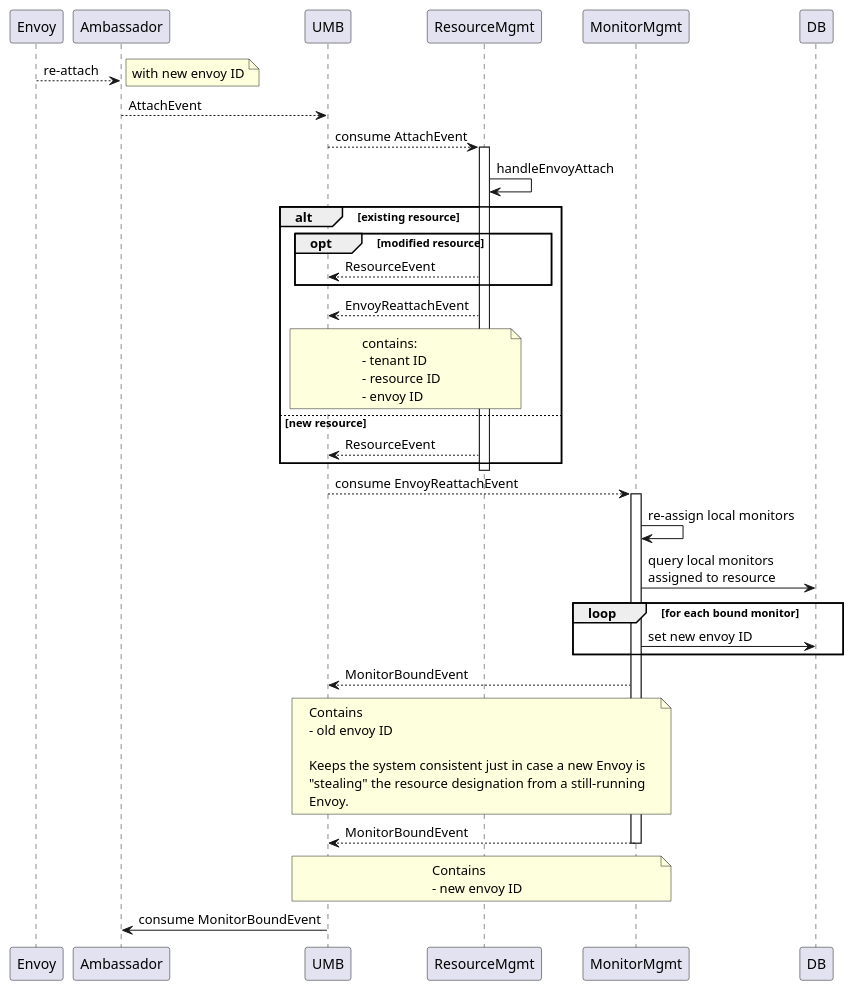
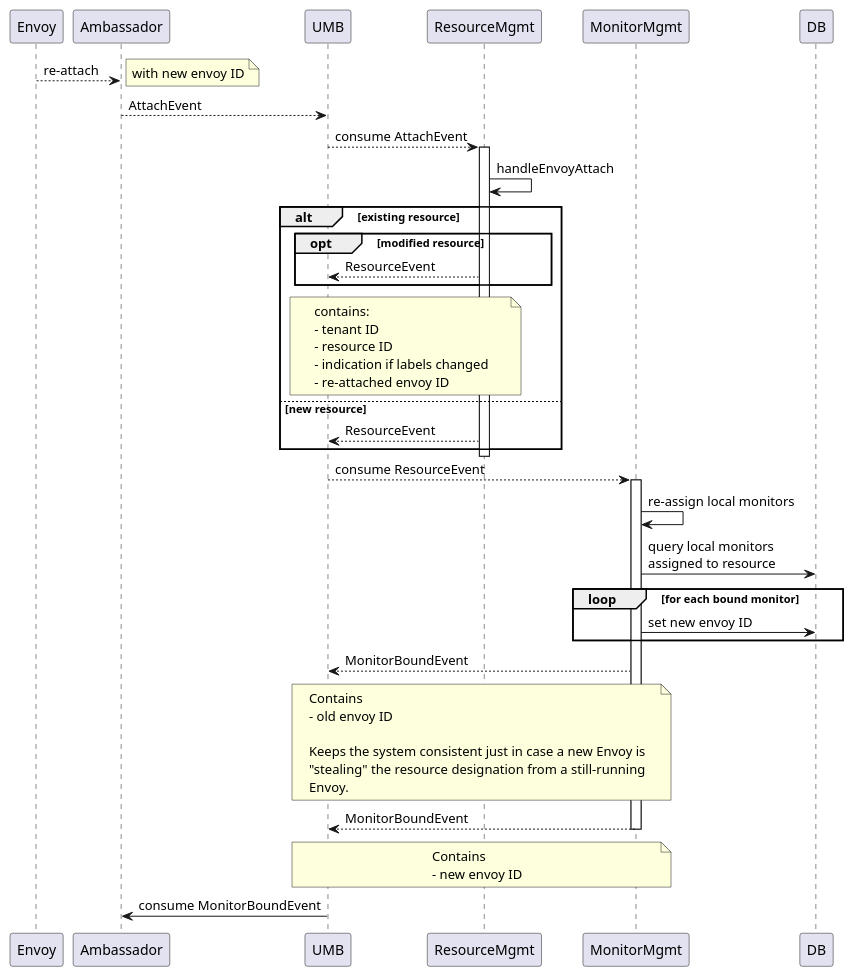
The diagram in docs/envoy-reattach-local-monitors.plantuml (racker/salus-telemetry-bundle), drawn with PlantUML before and after one commit.

Commit message:
Update diagram due to conslidation on ResourceEvent

```diff
--- a/docs/envoy-reattach-local-monitors.plantuml
+++ b/docs/envoy-reattach-local-monitors.plantuml
@@ -1,63 +1,62 @@
 @startuml
 
 Envoy-->Ambassador: re-attach
 note right: with new envoy ID
 
 Ambassador-->UMB: AttachEvent
 UMB-->ResourceMgmt: consume AttachEvent
 
 activate ResourceMgmt
 
 ResourceMgmt->ResourceMgmt: handleEnvoyAttach
 
 alt existing resource
     opt modified resource
         ResourceMgmt-->UMB: ResourceEvent
     end
 
-    ResourceMgmt-->UMB: EnvoyReattachEvent
-
     note over ResourceMgmt,UMB
     contains:
     - tenant ID
     - resource ID
-    - envoy ID
+    - indication if labels changed
+    - re-attached envoy ID
     end note
 
 else new resource
     ResourceMgmt-->UMB: ResourceEvent
 end
 deactivate ResourceMgmt
 
-UMB-->MonitorMgmt: consume EnvoyReattachEvent
+UMB-->MonitorMgmt: consume ResourceEvent
 activate MonitorMgmt
 MonitorMgmt->MonitorMgmt: re-assign local monitors
 MonitorMgmt->DB: query local monitors\nassigned to resource
 
 loop for each bound monitor
     MonitorMgmt->DB: set new envoy ID
 end
 
 MonitorMgmt-->UMB: MonitorBoundEvent
 
 note over MonitorMgmt,UMB
 Contains
 - old envoy ID
 
 Keeps the system consistent just in case a new Envoy is
 "stealing" the resource designation from a still-running
 Envoy.
 end note
 
 MonitorMgmt-->UMB: MonitorBoundEvent
 
 note over MonitorMgmt,UMB
 Contains
 - new envoy ID
 end note
 
 deactivate MonitorMgmt
 
 UMB->Ambassador: consume MonitorBoundEvent
 
 @enduml
```
